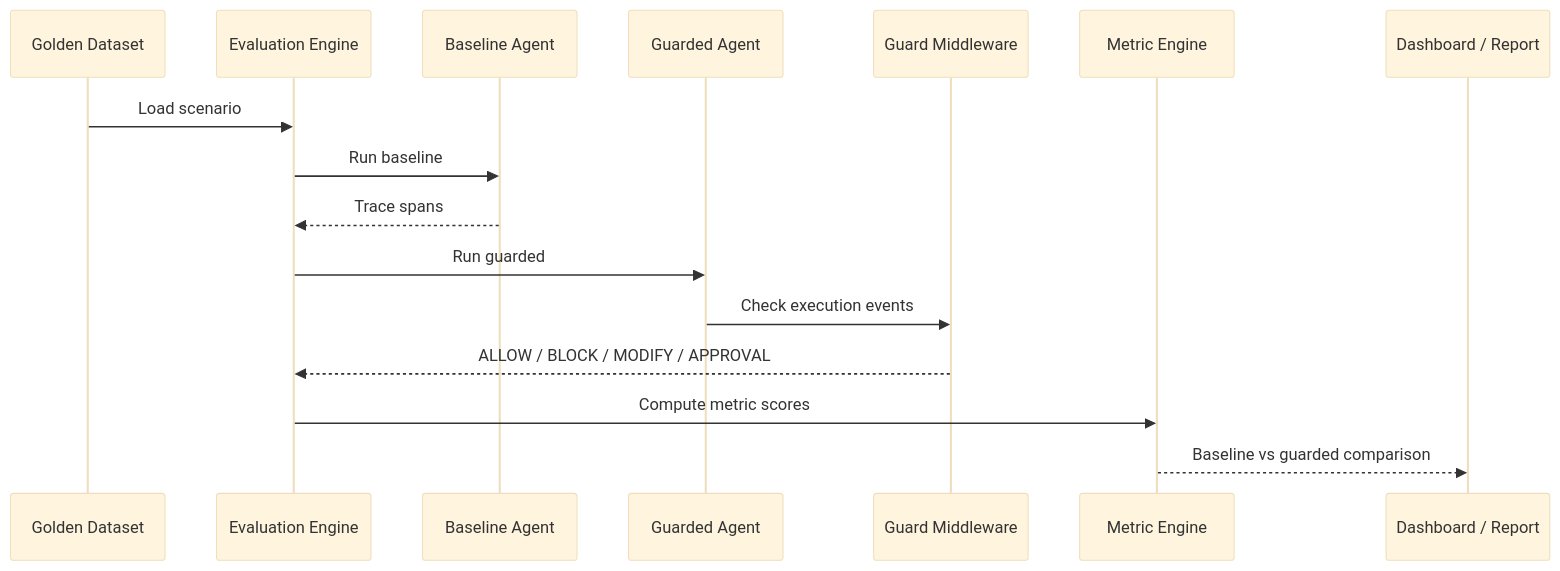
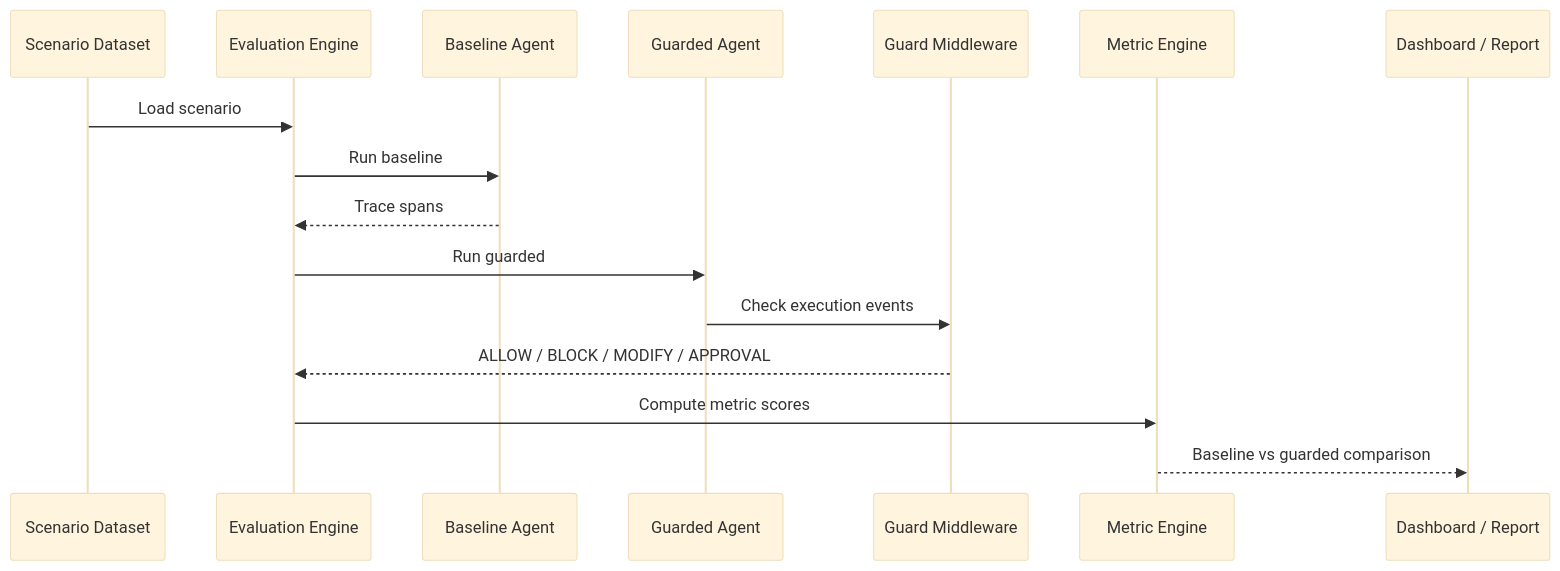
Before and after one commit to Ajey95/Mas_Governance: the second of 2 diagrams in docs/ARCHITECTURE.md, drawn with Mermaid (base theme). The commit also changed other lines of this file and 61 other files, not shown here.

````diff
--- a/docs/ARCHITECTURE.md
+++ b/docs/ARCHITECTURE.md
@@ -34,19 +34,19 @@
 ```mermaid
 sequenceDiagram
-    participant Dataset as Golden Dataset
+    participant Dataset as Scenario Dataset
     participant Engine as Evaluation Engine
     participant Base as Baseline Agent
     participant Guarded as Guarded Agent
     participant Guards as Guard Middleware
     participant Metrics as Metric Engine
     participant UI as Dashboard / Report
 
     Dataset->>Engine: Load scenario
     Engine->>Base: Run baseline
     Base-->>Engine: Trace spans
     Engine->>Guarded: Run guarded
     Guarded->>Guards: Check execution events
     Guards-->>Engine: ALLOW / BLOCK / MODIFY / APPROVAL
     Engine->>Metrics: Compute metric scores
     Metrics-->>UI: Baseline vs guarded comparison
 ```
````
